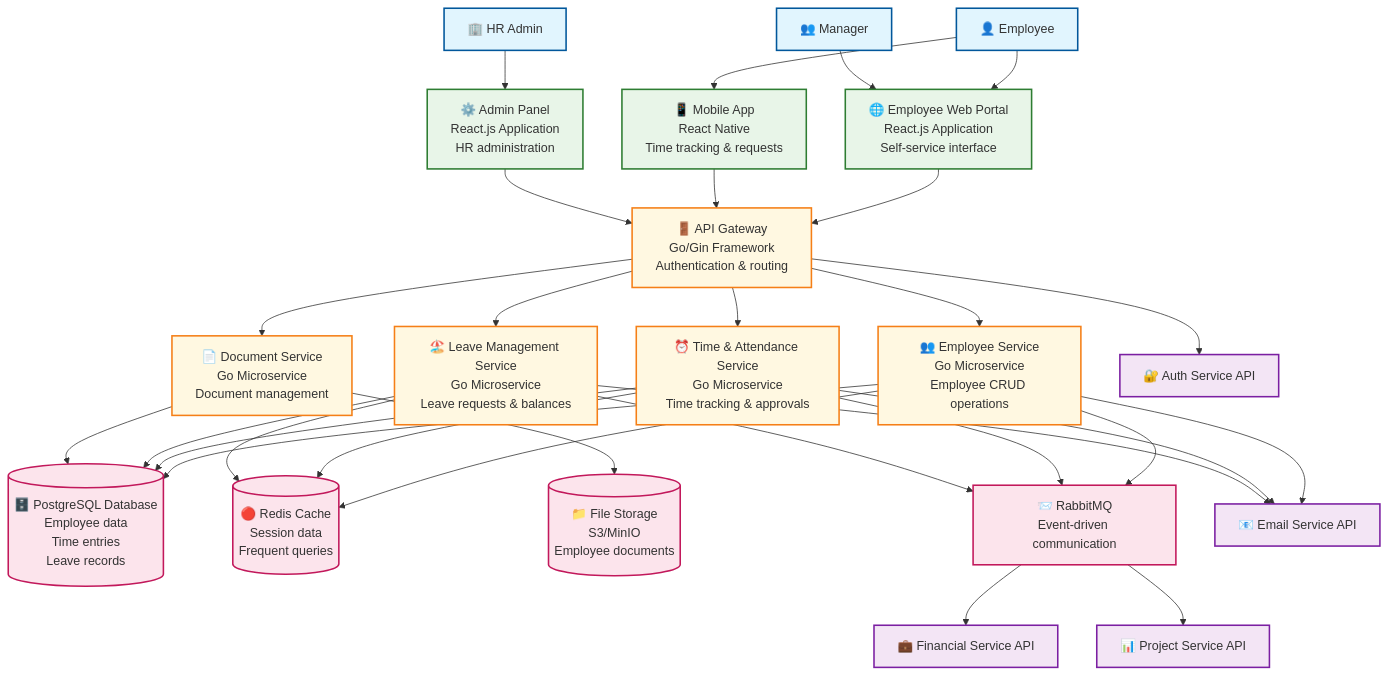
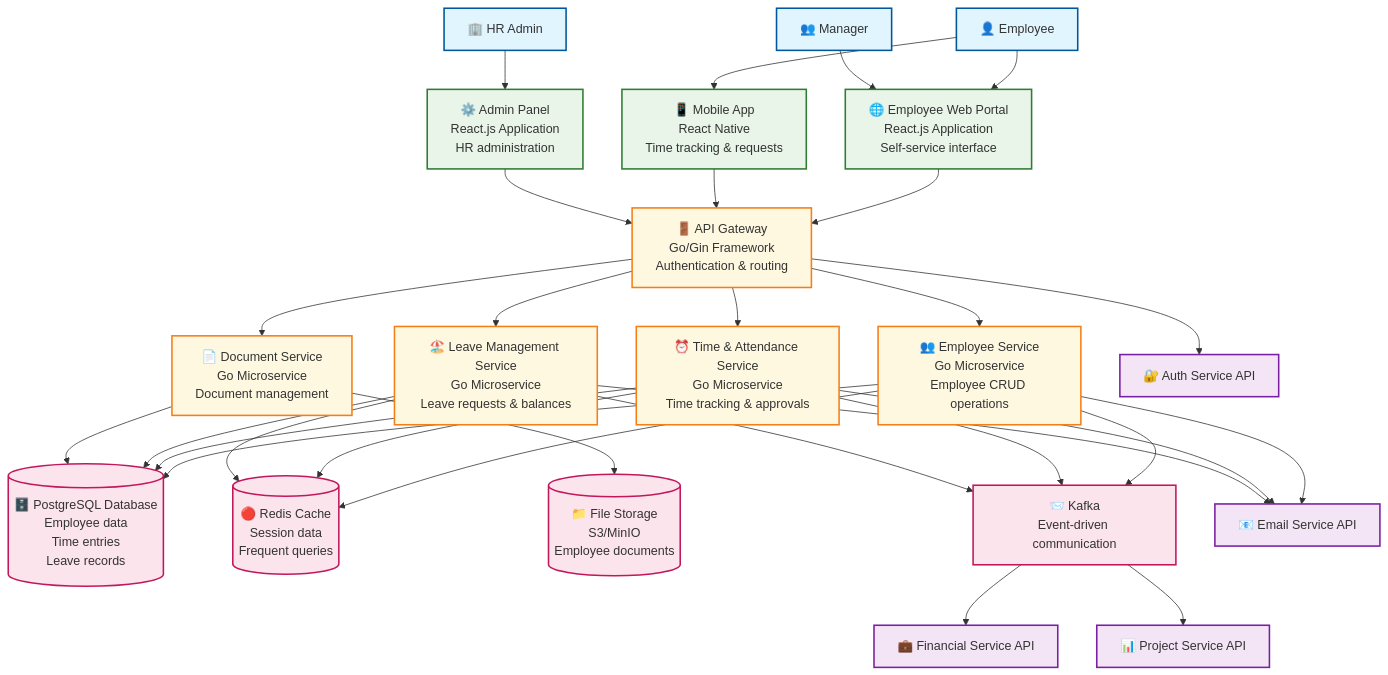
Before and after one commit to barbarnyarnyar/erp-system: the second of 6 diagrams in documentation/3_architecture/hr_c4_model.md, drawn with Mermaid. The commit also changed other lines of this file and 35 other files, not shown here.

```diff
--- a/documentation/3_architecture/hr_c4_model.md
+++ b/documentation/3_architecture/hr_c4_model.md
@@ -111,7 +111,7 @@
     FileStorage[(📁 File Storage<br/>S3/MinIO<br/>Employee documents)]
     
     %% Message Queue
-    MessageQueue[📨 RabbitMQ<br/>Event-driven communication]
+    MessageQueue[📨 Kafka<br/>Event-driven communication]
     
     %% External Services
     FinancialAPI[💼 Financial Service API]
```
